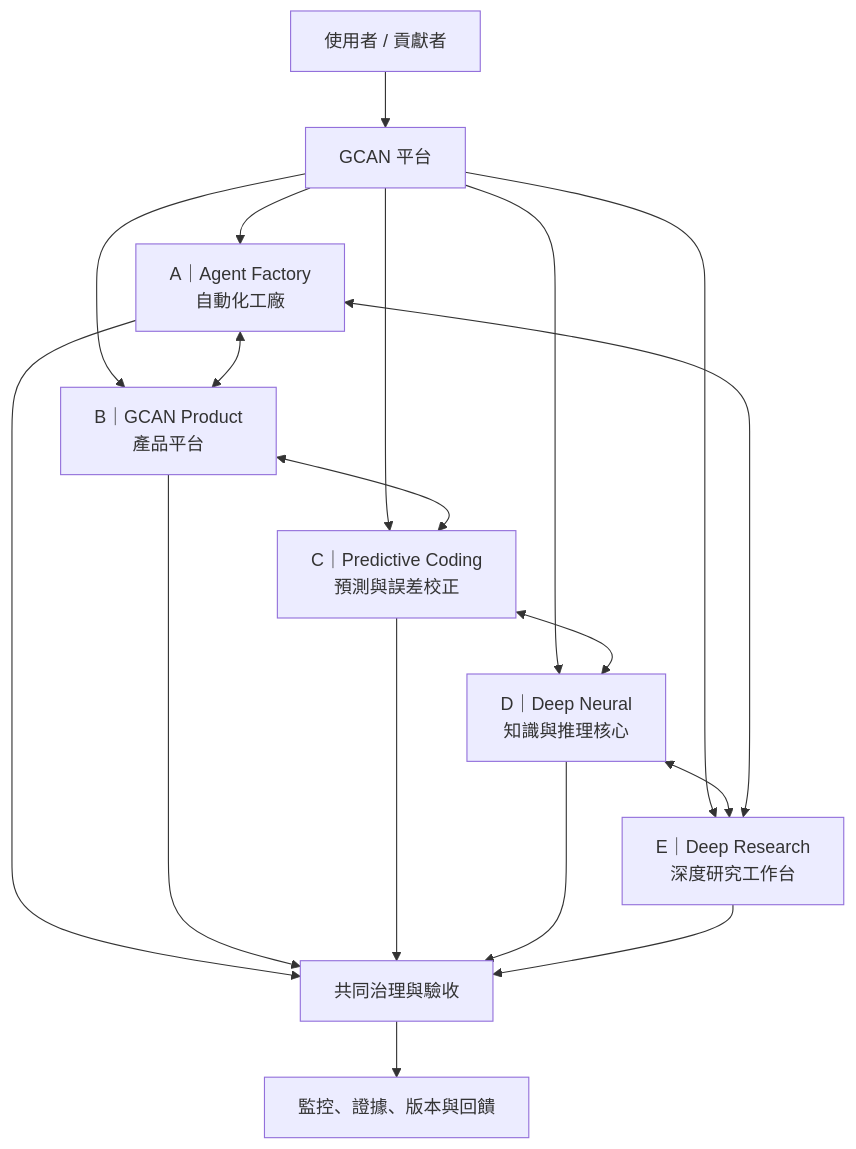
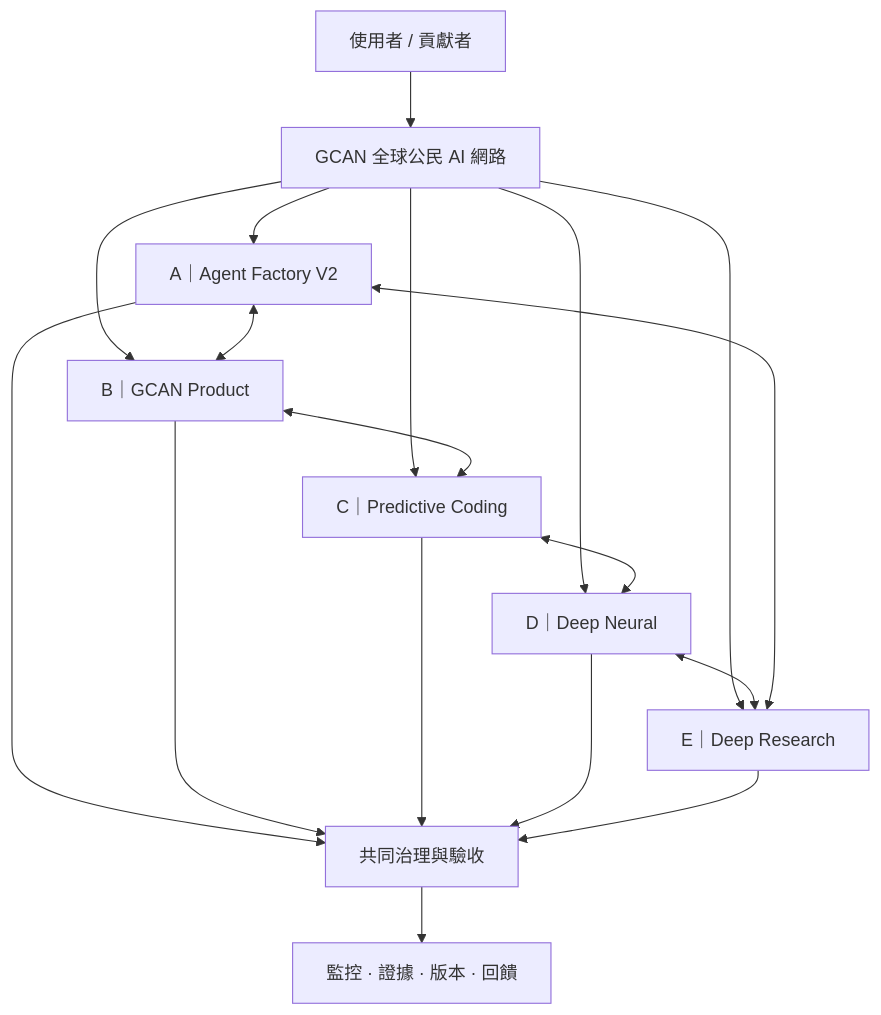
The first of 2 diagrams in README.md (X84657465/global-citizen-ai-network), drawn with Mermaid before and after one commit. The commit also changed other lines of this file, not shown here.

Commit message:
docs: redesign GCAN repository homepage

````diff
--- a/README.md
+++ b/README.md
@@ -57,20 +126,20 @@
 ```mermaid
 flowchart TB
-    U["使用者 / 貢獻者"] --> P["GCAN 平台"]
-    P --> A["A｜Agent Factory<br/>自動化工廠"]
-    P --> B["B｜GCAN Product<br/>產品平台"]
-    P --> C["C｜Predictive Coding<br/>預測與誤差校正"]
-    P --> D["D｜Deep Neural<br/>知識與推理核心"]
-    P --> E["E｜Deep Research<br/>深度研究工作台"]
+    U["使用者 / 貢獻者"] --> P["GCAN 全球公民 AI 網路"]
+    P --> A["A｜Agent Factory V2"]
+    P --> B["B｜GCAN Product"]
+    P --> C["C｜Predictive Coding"]
+    P --> D["D｜Deep Neural"]
+    P --> E["E｜Deep Research"]
     A <--> B
     B <--> C
     C <--> D
     D <--> E
     E <--> A
     A --> Q["共同治理與驗收"]
     B --> Q
     C --> Q
     D --> Q
     E --> Q
-    Q --> M["監控、證據、版本與回饋"]
+    Q --> M["監控 · 證據 · 版本 · 回饋"]
 ```
````
